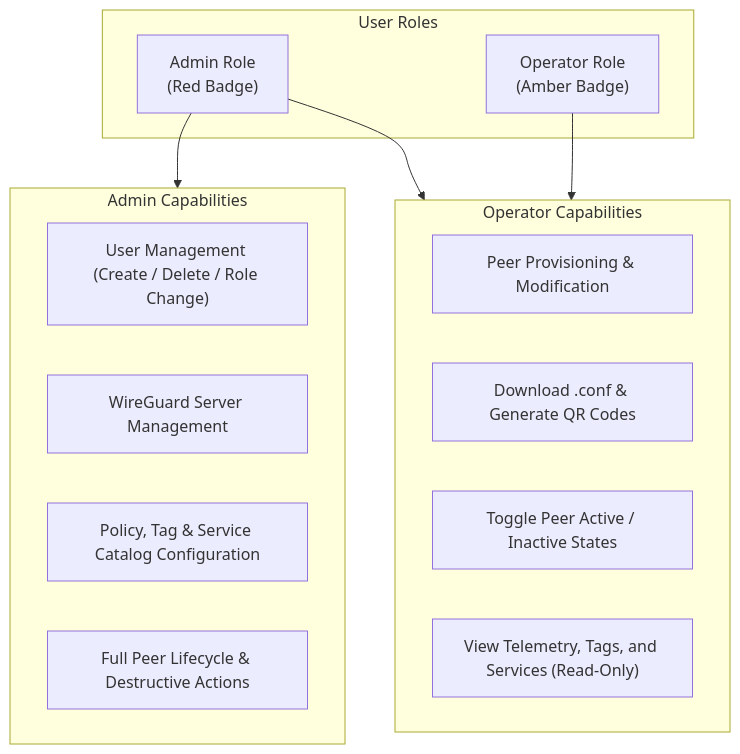
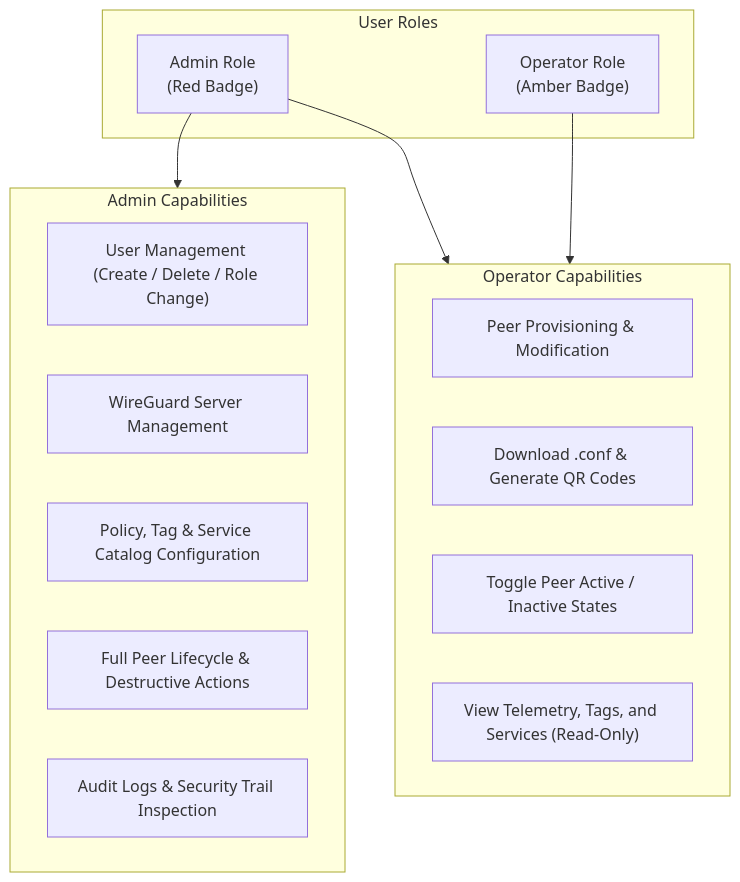
Before and after one commit to GWSimoRod/WireManager-docs: the diagram in docs/guides/user-management.md, drawn with Mermaid. The commit also changed other lines of this file and 3 other files, not shown here.

````diff
--- a/docs/guides/user-management.md
+++ b/docs/guides/user-management.md
@@ -11,25 +11,26 @@
 ```mermaid
 graph TD
     subgraph Roles ["User Roles"]
         AdminRole["Admin Role<br/>(Red Badge)"]
         OperatorRole["Operator Role<br/>(Amber Badge)"]
     end
 
     subgraph AdminCaps ["Admin Capabilities"]
         A1["User Management (Create / Delete / Role Change)"]
         A2["WireGuard Server Management"]
         A3["Policy, Tag & Service Catalog Configuration"]
         A4["Full Peer Lifecycle & Destructive Actions"]
+        A5["Audit Logs & Security Trail Inspection"]
     end
 
     subgraph OperatorCaps ["Operator Capabilities"]
         O1["Peer Provisioning & Modification"]
         O2["Download .conf & Generate QR Codes"]
         O3["Toggle Peer Active / Inactive States"]
         O4["View Telemetry, Tags, and Services (Read-Only)"]
     end
 
     AdminRole --> AdminCaps
     AdminRole --> OperatorCaps
     OperatorRole --> OperatorCaps
 ```
````
